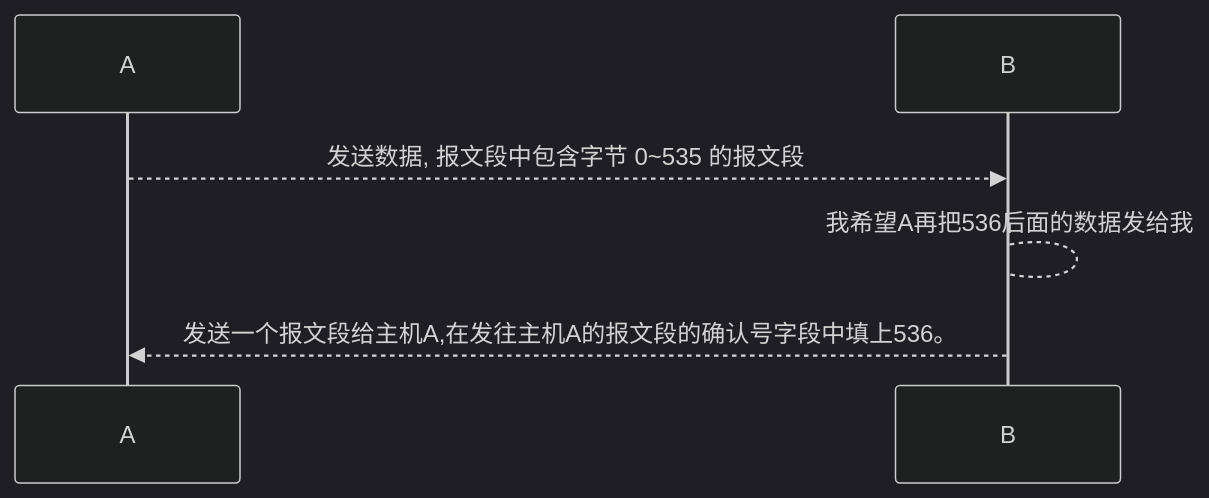
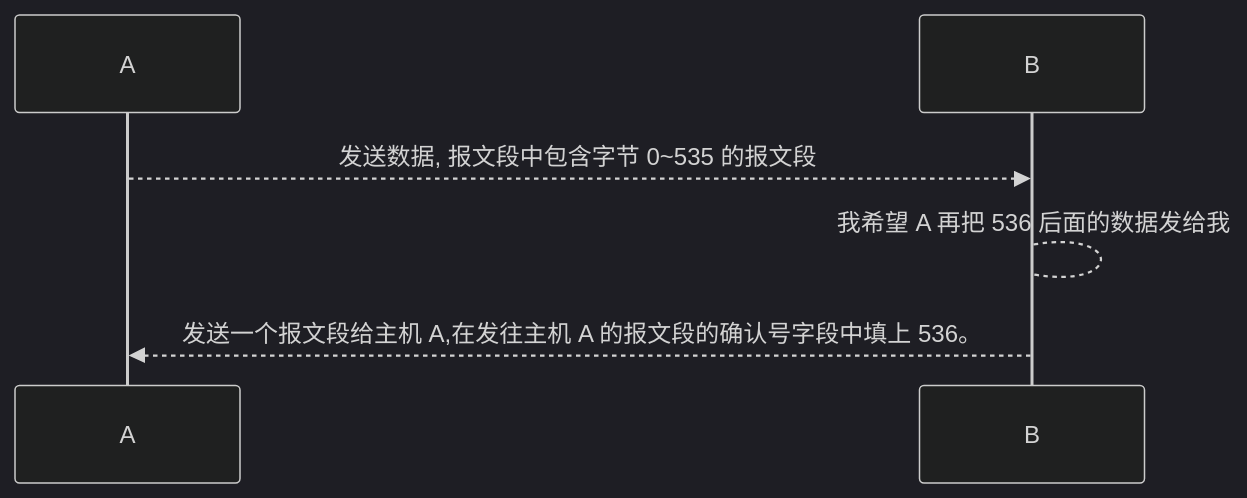
Before and after one commit to csliujw/CodeNotes: the ninth of 16 diagrams in CS-Course/计算机网络-自顶向下方法.md, drawn with Mermaid (dark theme). The commit also changed other lines of this file and 18 other files, not shown here.

````diff
--- a/CS-Course/计算机网络-自顶向下方法.md
+++ b/CS-Course/计算机网络-自顶向下方法.md
@@ -844,8 +844,8 @@
 ```mermaid
 sequenceDiagram
 participant A as A
 participant B as B
 A-->>B:发送数据, 报文段中包含字节 0~535 的报文段
-B-->B:我希望A再把536后面的数据发给我
-B-->>A:发送一个报文段给主机A,在发往主机A的报文段的确认号字段中填上536。
+B-->B:我希望 A 再把 536 后面的数据发给我
+B-->>A:发送一个报文段给主机 A,在发往主机 A 的报文段的确认号字段中填上 536。
 ```
````
